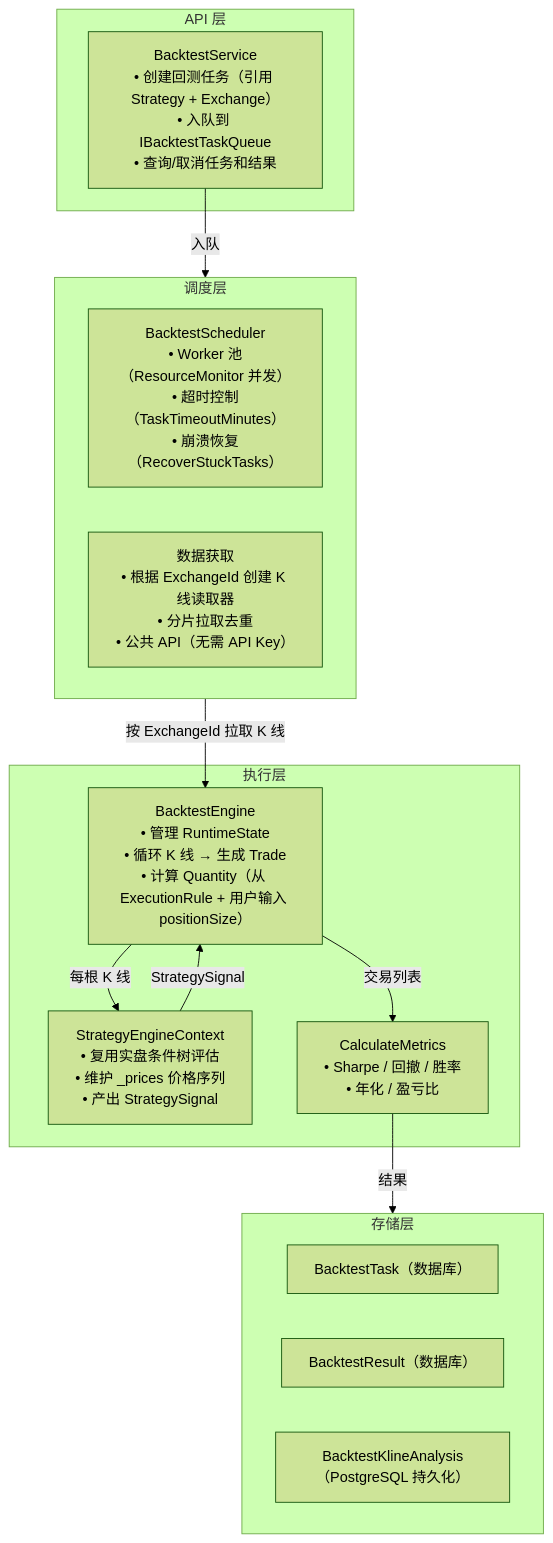
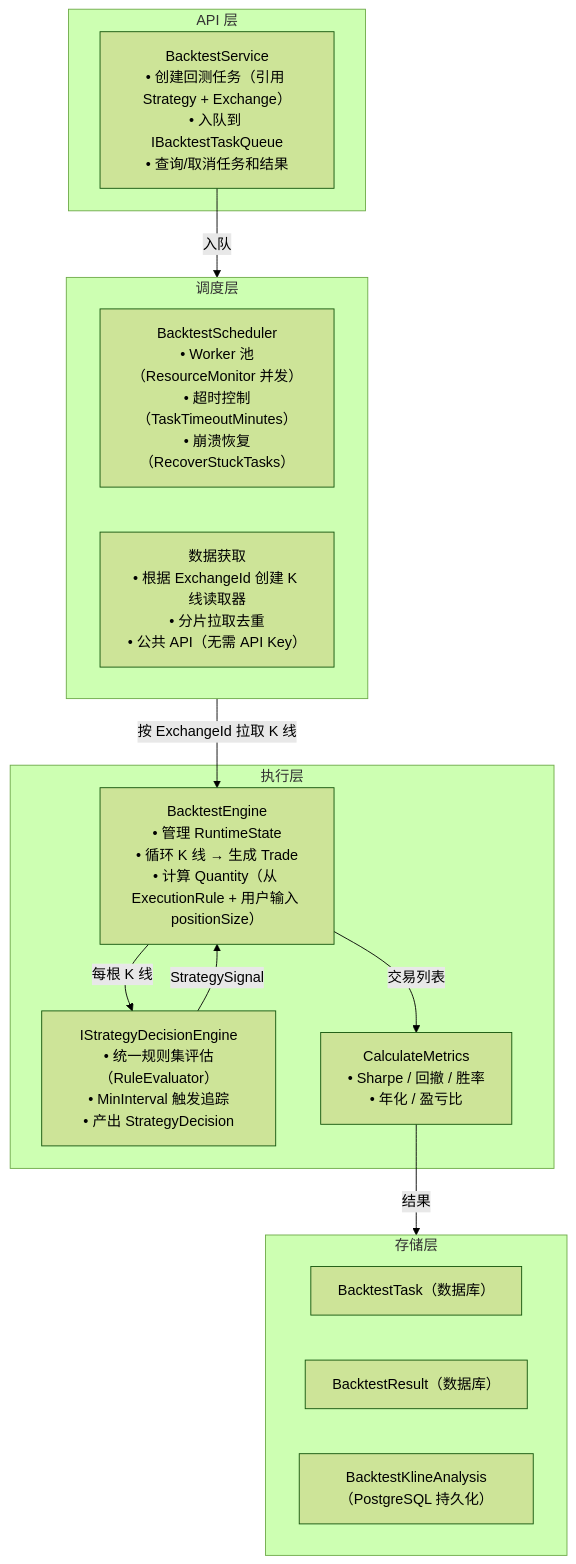
The first of 16 diagrams in docs/回测引擎工作流程.md (bambuo/TradeX), drawn with Mermaid (forest theme) before and after one commit. The commit also changed other lines of this file and 5 other files, not shown here.

````diff
--- a/docs/回测引擎工作流程.md
+++ b/docs/回测引擎工作流程.md
@@ -13,30 +13,30 @@
 ```mermaid
 flowchart TD
     subgraph API["API 层"]
         API1["BacktestService<br/>• 创建回测任务（引用 Strategy + Exchange）<br/>• 入队到 IBacktestTaskQueue<br/>• 查询/取消任务和结果"]
     end
 
     subgraph Scheduler["调度层"]
         SCH1["BacktestScheduler<br/>• Worker 池（ResourceMonitor 并发）<br/>• 超时控制（TaskTimeoutMinutes）<br/>• 崩溃恢复（RecoverStuckTasks）"]
         SCH2["数据获取<br/>• 根据 ExchangeId 创建 K 线读取器<br/>• 分片拉取去重<br/>• 公共 API（无需 API Key）"]
     end
 
     subgraph Engine["执行层"]
         ENG1["BacktestEngine<br/>• 管理 RuntimeState<br/>• 循环 K 线 → 生成 Trade<br/>• 计算 Quantity（从 ExecutionRule + 用户输入 positionSize）"]
-        ENG2["StrategyEngineContext<br/>• 复用实盘条件树评估<br/>• 维护 _prices 价格序列<br/>• 产出 StrategySignal"]
+        ENG2["IStrategyDecisionEngine<br/>• 统一规则集评估（RuleEvaluator）<br/>• MinInterval 触发追踪<br/>• 产出 StrategyDecision"]
         ENG3["CalculateMetrics<br/>• Sharpe / 回撤 / 胜率<br/>• 年化 / 盈亏比"]
     end
 
     subgraph Store["存储层"]
         ST1["BacktestTask（数据库）"]
         ST2["BacktestResult（数据库）"]
         ST3["BacktestKlineAnalysis（PostgreSQL 持久化）"]
     end
 
     API1 -->|入队| Scheduler
     Scheduler -->|按 ExchangeId 拉取 K 线| ENG1
     ENG1 -->|每根 K 线| ENG2
     ENG2 -->|StrategySignal| ENG1
     ENG1 -->|交易列表| ENG3
     ENG3 -->|结果| Store
 ```
````
